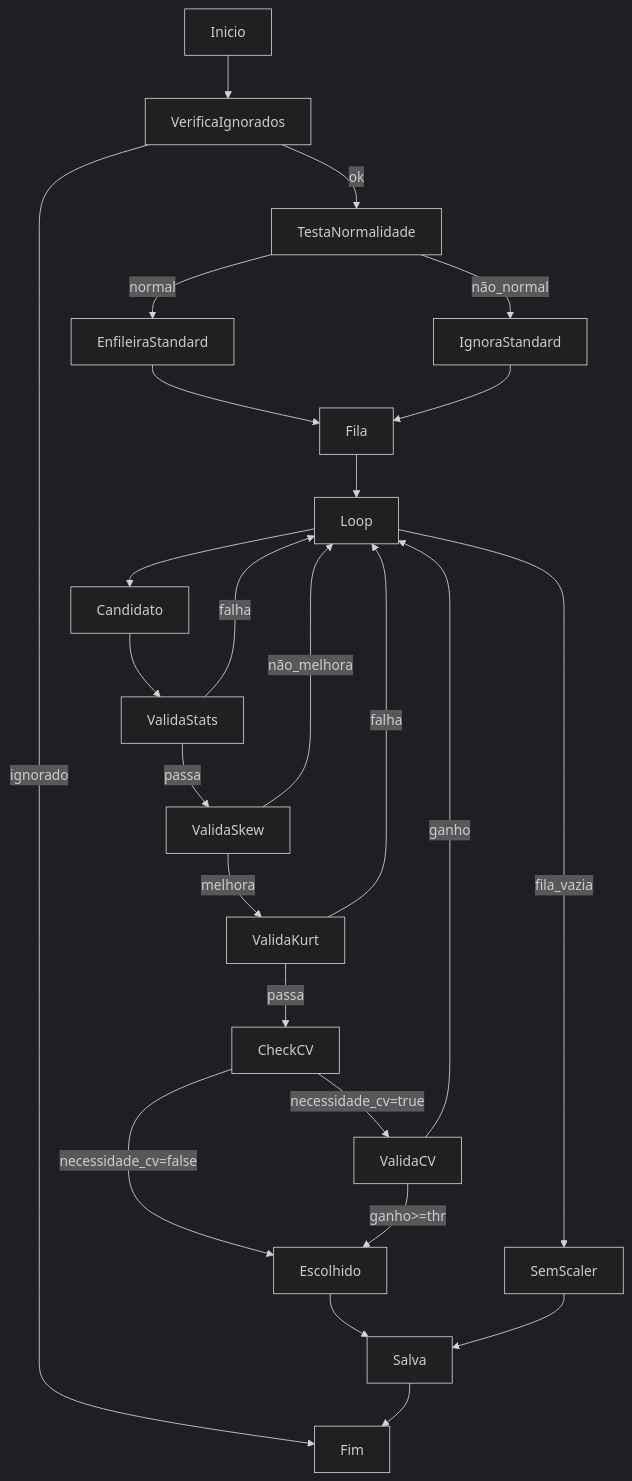
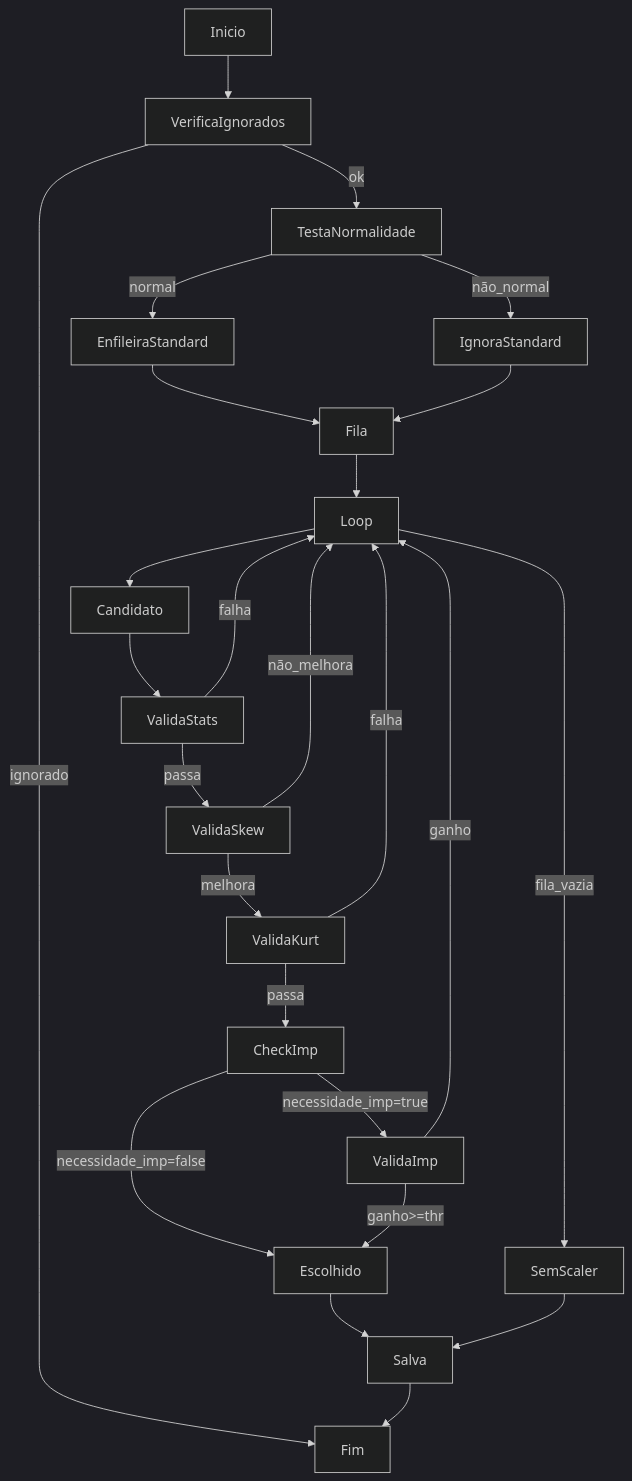
The first of 2 diagrams in README.md (joaaomaia/DynamicScaler), drawn with Mermaid (dark theme) before and after one commit. The commit also changed other lines of this file and 4 other files, not shown here.

````diff
--- a/README.md
+++ b/README.md
@@ -65,27 +66,27 @@
 ```mermaid
 flowchart TD
     Inicio --> VerificaIgnorados
     VerificaIgnorados -- ignorado --> Fim
     VerificaIgnorados -- ok --> TestaNormalidade
     TestaNormalidade -- normal --> EnfileiraStandard
     TestaNormalidade -- não_normal --> IgnoraStandard
     EnfileiraStandard --> Fila
     IgnoraStandard --> Fila
     Fila --> Loop
     Loop --> Candidato
     Candidato --> ValidaStats
     ValidaStats -- falha --> Loop
     ValidaStats -- passa --> ValidaSkew
     ValidaSkew -- não_melhora --> Loop
     ValidaSkew -- melhora --> ValidaKurt
     ValidaKurt -- falha --> Loop
-    ValidaKurt -- passa --> CheckCV
-    CheckCV -- necessidade_cv=true --> ValidaCV
-    CheckCV -- necessidade_cv=false --> Escolhido
-    ValidaCV -- ganho>=thr --> Escolhido
-    ValidaCV -- ganho<thr --> Loop
+    ValidaKurt -- passa --> CheckImp
+    CheckImp -- necessidade_imp=true --> ValidaImp
+    CheckImp -- necessidade_imp=false --> Escolhido
+    ValidaImp -- ganho>=thr --> Escolhido
+    ValidaImp -- ganho<thr --> Loop
     Loop -- fila_vazia --> SemScaler
     Escolhido --> Salva
     SemScaler --> Salva
     Salva --> Fim
 ```
````
